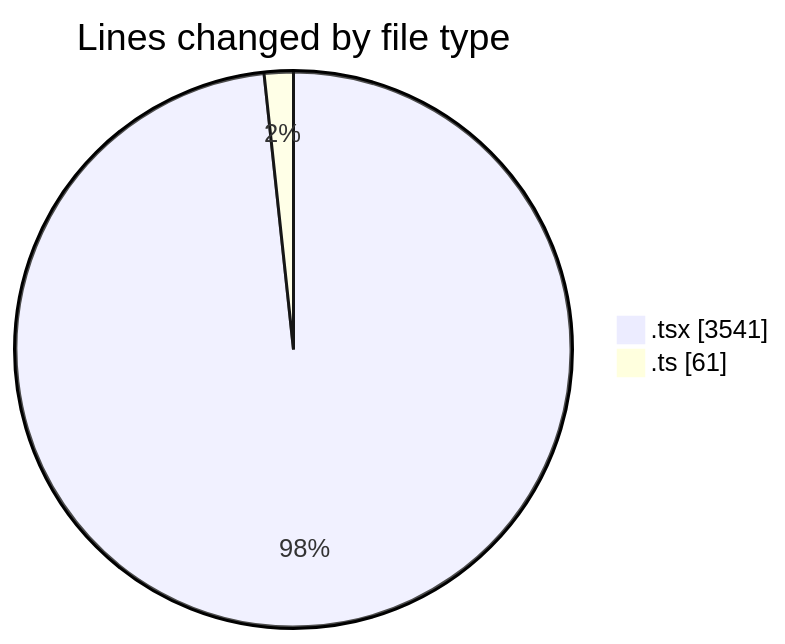
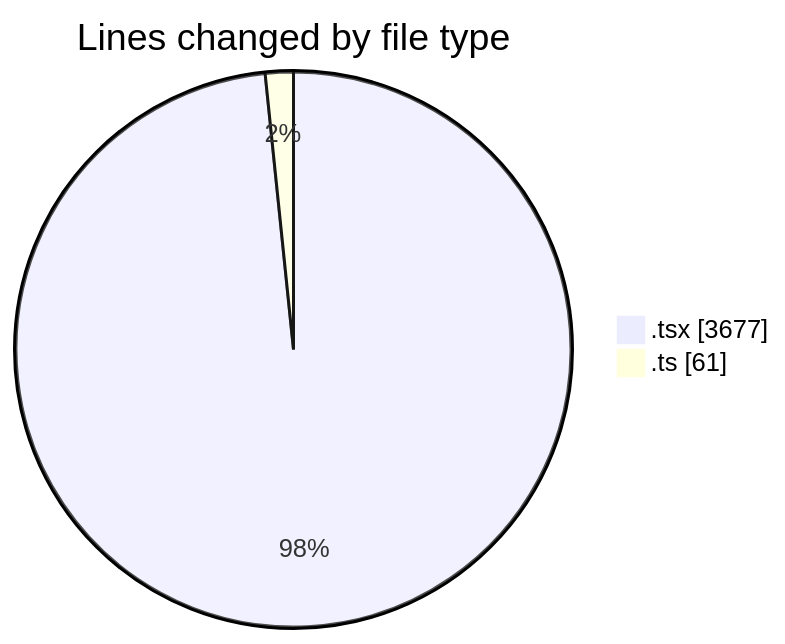
The first of 2 diagrams in 2025-11-18/eventscop-frontend-guide__workspace_/README.md (julien-gomy/code-tracking), drawn with Mermaid before and after one commit. The commit also changed other lines of this file and 1 other file, not shown here.

````diff
--- a/2025-11-18/eventscop-frontend-guide__workspace_/README.md
+++ b/2025-11-18/eventscop-frontend-guide__workspace_/README.md
@@ -44,6 +46,6 @@
 ```mermaid
 pie showData
 title Lines changed by file type
-".tsx" : 3541
+".tsx" : 3677
 ".ts" : 61
 ```
````
